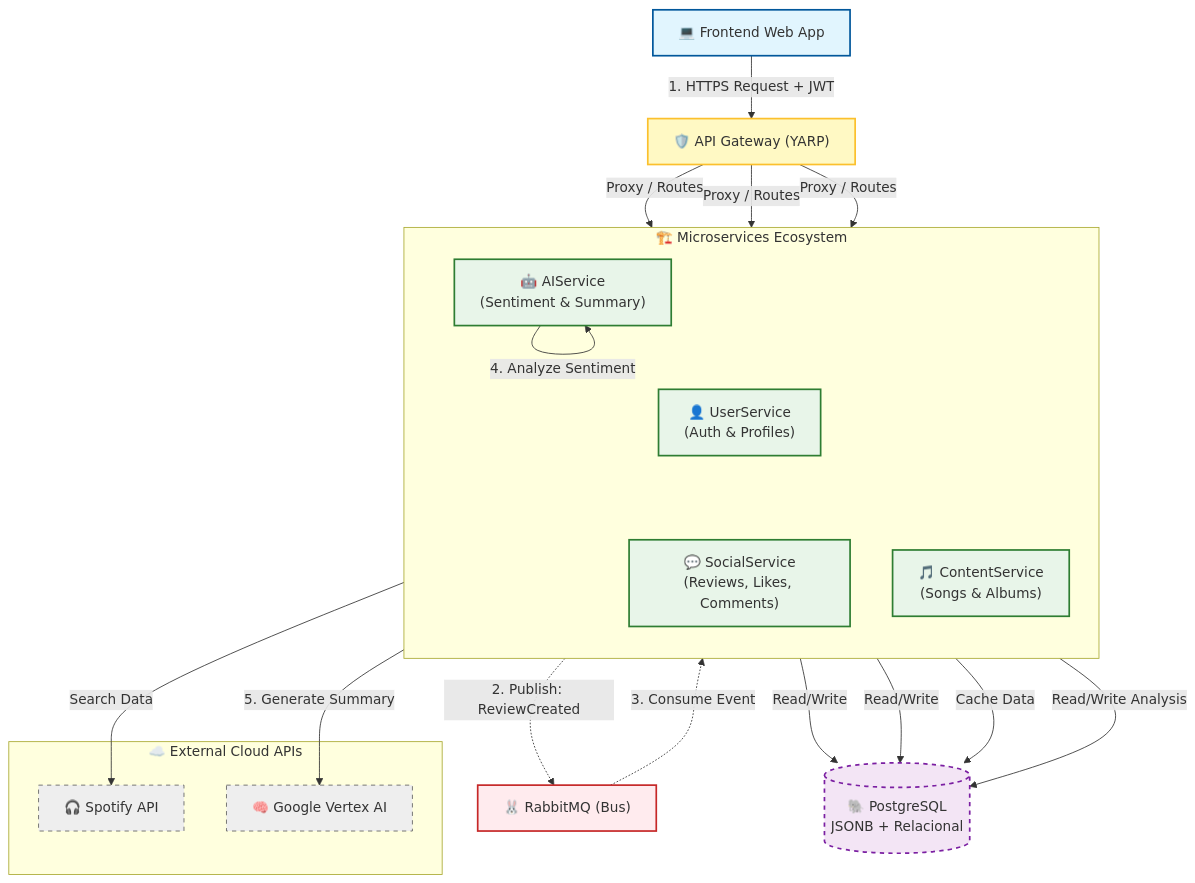
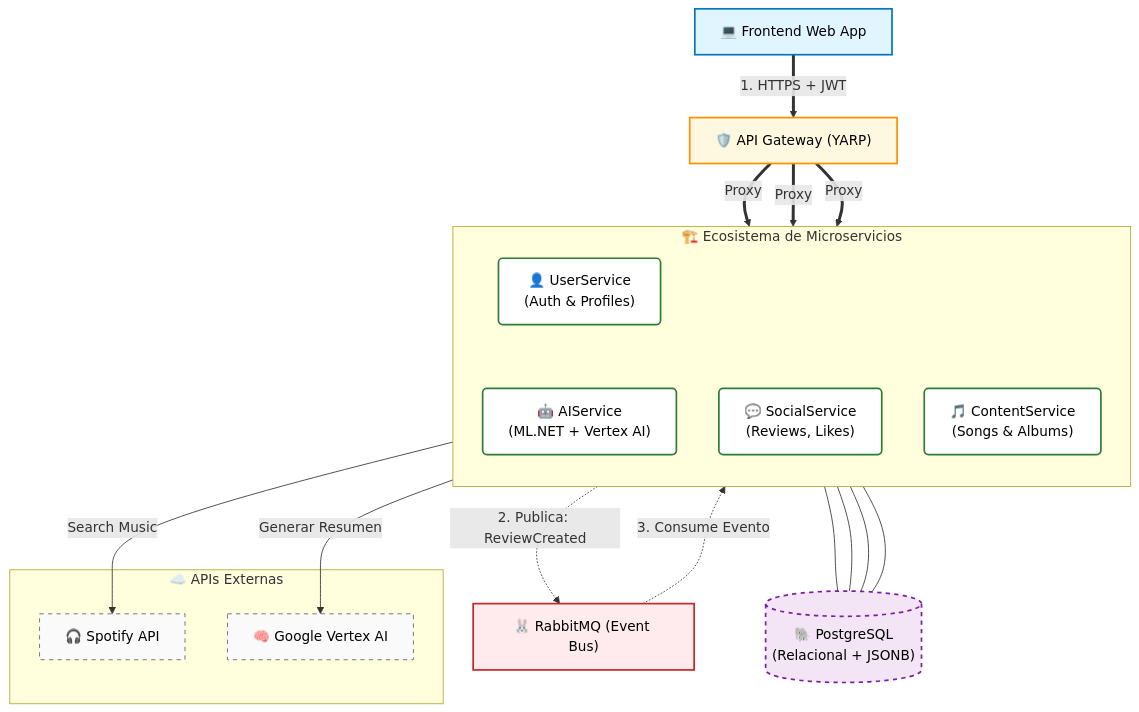
One commit to SoundList/.github changed the diagram in profile/README.md. Above: the diagram before and after it, drawn with Mermaid.

Commit message:
Revise communication flow diagram styles and nodes
Updated styles and node descriptions in the communication flow diagram for better readability and clarity.

````diff
--- a/profile/README.md
+++ b/profile/README.md
@@ -5,56 +5,58 @@
 ```mermaid
 graph TD
-    %% Estilos
-    classDef frontend fill:#e1f5fe,stroke:#01579b,stroke-width:2px;
-    classDef gateway fill:#fff9c4,stroke:#fbc02d,stroke-width:2px;
-    classDef service fill:#e8f5e9,stroke:#2e7d32,stroke-width:2px;
-    classDef db fill:#f3e5f5,stroke:#7b1fa2,stroke-width:2px,stroke-dasharray: 5 5;
-    classDef queue fill:#ffebee,stroke:#c62828,stroke-width:2px;
-    classDef external fill:#eeeeee,stroke:#616161,stroke-width:1px,stroke-dasharray: 5 5;
+    %% --- ESTILOS DE ALTO CONTRASTE ---
+    %% Usamos fondos claros con bordes fuertes y TEXTO NEGRO para máxima legibilidad
+    classDef frontend fill:#E1F5FE,stroke:#0277BD,stroke-width:2px,color:#000000;
+    classDef gateway fill:#FFF8E1,stroke:#FF8F00,stroke-width:2px,color:#000000;
+    classDef service fill:#FFFFFF,stroke:#2E7D32,stroke-width:2px,color:#000000,rx:5,ry:5;
+    classDef db fill:#F3E5F5,stroke:#7B1FA2,stroke-width:2px,stroke-dasharray: 5 5,color:#000000;
+    classDef queue fill:#FFEBEE,stroke:#C62828,stroke-width:2px,color:#000000;
+    classDef external fill:#FAFAFA,stroke:#616161,stroke-width:1px,stroke-dasharray: 5 5,color:#000000;
 
-    %% Nodos Principales (CON COMILLAS AGREGADAS)
+    %% --- NODOS PRINCIPALES ---
     Client["💻 Frontend Web App"]:::frontend
     YARP["🛡️ API Gateway (YARP)"]:::gateway
-    Rabbit["🐰 RabbitMQ (Bus)"]:::queue
-    DB[("🐘 PostgreSQL\nJSONB + Relacional")]:::db
+    Rabbit["🐰 RabbitMQ (Event Bus)"]:::queue
+    DB[("🐘 PostgreSQL\n(Relacional + JSONB)")]:::db
 
-    %% Subgrafo de Microservicios
-    subgraph Cluster_Services ["🏗️ Microservices Ecosystem"]
+    %% --- CONTEXTO DE MICROSERVICIOS ---
+    subgraph Services ["🏗️ Ecosistema de Microservicios"]
         direction TB
+        %% Definimos los nodos con texto negro explícito
         UserS["👤 UserService\n(Auth & Profiles)"]:::service
-        SocialS["💬 SocialService\n(Reviews, Likes, Comments)"]:::service
+        SocialS["💬 SocialService\n(Reviews, Likes)"]:::service
         ContentS["🎵 ContentService\n(Songs & Albums)"]:::service
-        AIS["🤖 AIService\n(Sentiment & Summary)"]:::service
+        AIS["🤖 AIService\n(ML.NET + Vertex AI)"]:::service
     end
 
-    %% Subgrafo Externo
-    subgraph Cluster_Cloud ["☁️ External Cloud APIs"]
+    %% --- CONTEXTO DE NUBE ---
+    subgraph Cloud ["☁️ APIs Externas"]
         Spotify["🎧 Spotify API"]:::external
         Vertex["🧠 Google Vertex AI"]:::external
     end
 
-    %% Conexiones Síncronas (HTTP)
-    Client -->|"1. HTTPS Request + JWT"| YARP
-    YARP -->|"Proxy / Routes"| UserS
-    YARP -->|"Proxy / Routes"| SocialS
-    YARP -->|"Proxy / Routes"| ContentS
+    %% --- CONEXIONES (FLUJO) ---
+    
+    %% 1. Entrada
+    Client ==>|"1. HTTPS + JWT"| YARP
+    YARP ==>|"Proxy"| UserS
+    YARP ==>|"Proxy"| SocialS
+    YARP ==>|"Proxy"| ContentS
 
-    ContentS -->|"Search Data"| Spotify
+    %% 2. Dependencias Externas
+    ContentS -->|"Search Music"| Spotify
+    AIS -->|"Generar Resumen"| Vertex
 
-    %% Conexiones a Base de Datos
-    UserS -->|"Read/Write"| DB
-    SocialS -->|"Read/Write"| DB
-    ContentS -->|"Cache Data"| DB
-    AIS -->|"Read/Write Analysis"| DB
+    %% 3. Comunicación Asíncrona (RabbitMQ)
+    SocialS -.->|"2. Publica: ReviewCreated"| Rabbit
+    Rabbit -.->|"3. Consume Evento"| AIS
 
-    %% Conexiones Asíncronas (Mensajería)
-    SocialS -.->|"2. Publish: ReviewCreated"| Rabbit
-    Rabbit -.->|"3. Consume Event"| AIS
+    %% 4. Base de Datos (Conexiones más finas para no ensuciar)
+    UserS --- DB
+    SocialS --- DB
+    ContentS --- DB
+    AIS --- DB
 
-    %% IA Flow
-    AIS -->|"4. Analyze Sentiment"| AIS
-    AIS -->|"5. Generate Summary"| Vertex
-
-    %% Leyenda (Invisible link for layout)
-    UserS ~~~ SocialS
+    %% Truco visual para alinear (Links invisibles)
+    UserS ~~~ AIS
 ```
````
